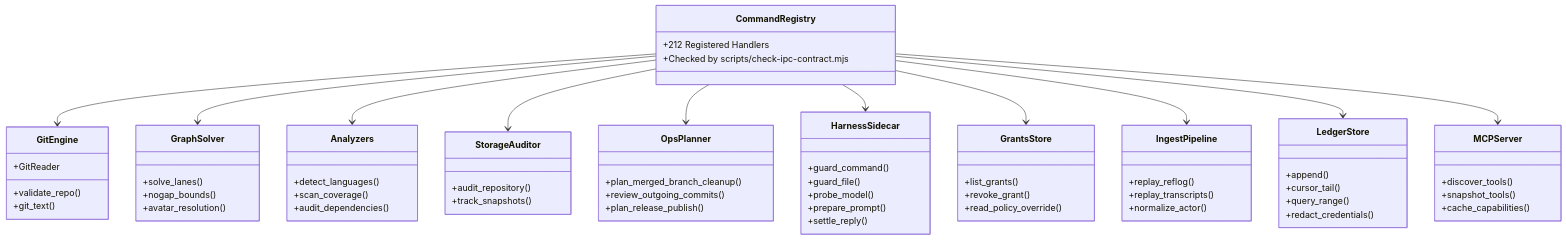
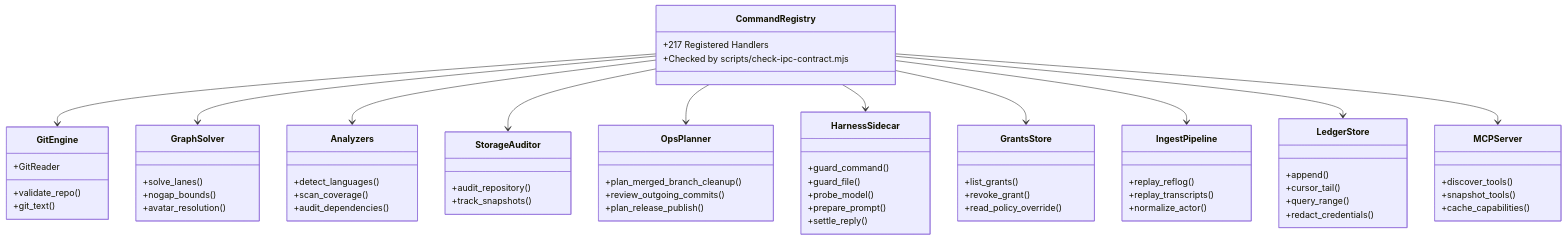
One commit to bharathvbcr/GitPulse changed the third of 4 diagrams in docs/ARCHITECTURE.md. Above: the diagram before and after it, drawn with Mermaid. The commit also changed other lines of this file and 44 other files, not shown here.

````diff
--- a/docs/ARCHITECTURE.md
+++ b/docs/ARCHITECTURE.md
@@ -183,70 +183,70 @@
 ```mermaid
 classDiagram
     class CommandRegistry {
-        +212 Registered Handlers
+        +217 Registered Handlers
         +Checked by scripts/check-ipc-contract.mjs
     }
     class GitEngine {
         +validate_repo()
         +git_text()
         +GitReader
     }
     class GraphSolver {
         +solve_lanes()
         +nogap_bounds()
         +avatar_resolution()
     }
     class Analyzers {
         +detect_languages()
         +scan_coverage()
         +audit_dependencies()
     }
     class StorageAuditor {
         +audit_repository()
         +track_snapshots()
     }
     class GrantsStore {
         +list_grants()
         +revoke_grant()
         +read_policy_override()
     }
     class IngestPipeline {
         +replay_reflog()
         +replay_transcripts()
         +normalize_actor()
     }
     class LedgerStore {
         +append()
         +cursor_tail()
         +query_range()
         +redact_credentials()
     }
     class OpsPlanner {
         +plan_merged_branch_cleanup()
         +review_outgoing_commits()
         +plan_release_publish()
     }
     class MCPServer {
         +discover_tools()
         +snapshot_tools()
         +cache_capabilities()
     }
     class HarnessSidecar {
         +guard_command()
         +guard_file()
         +probe_model()
         +prepare_prompt()
         +settle_reply()
     }
 
     CommandRegistry --> GitEngine
     CommandRegistry --> GraphSolver
     CommandRegistry --> Analyzers
     CommandRegistry --> StorageAuditor
     CommandRegistry --> OpsPlanner
     CommandRegistry --> HarnessSidecar
     CommandRegistry --> GrantsStore
     CommandRegistry --> IngestPipeline
     CommandRegistry --> LedgerStore
     CommandRegistry --> MCPServer
 ```
````
